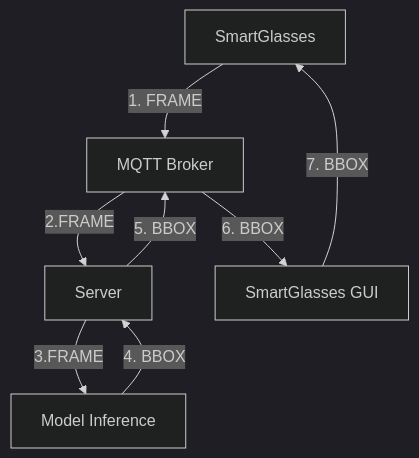
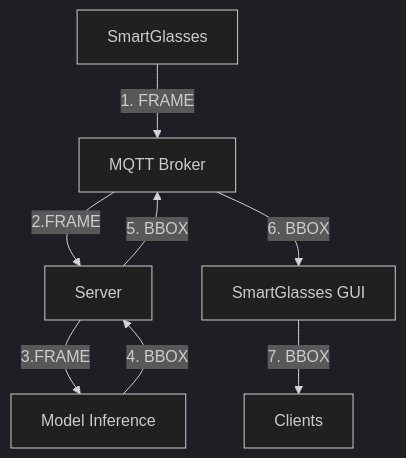
One commit to riccardosemeraro/B.O.S.S.-Branch-Bellusci-SSD300-VGG16 changed the first of 6 diagrams in README.md. Above: the diagram before and after it, drawn with Mermaid (dark theme). The commit also changed other lines of this file and 1 other file, not shown here.

````diff
--- a/README.md
+++ b/README.md
@@ -118,7 +116,7 @@
 ```mermaid
 flowchart TB
 
 Client["SmartGlasses"] --> |"1. FRAME"| Broker["MQTT Broker"] --> |"2.FRAME"| Server["Server"] --> |"3.FRAME"| Inference["Model Inference"] --> |"4. BBOX"| Server --> |"5. BBOX"| Broker --> |"6. BBOX"| SmartGlasses["SmartGlasses GUI"]
-SmartGlasses --> |"7. BBOX"| Client
+SmartGlasses --> |"7. BBOX"| Clients
 
 ```
````
